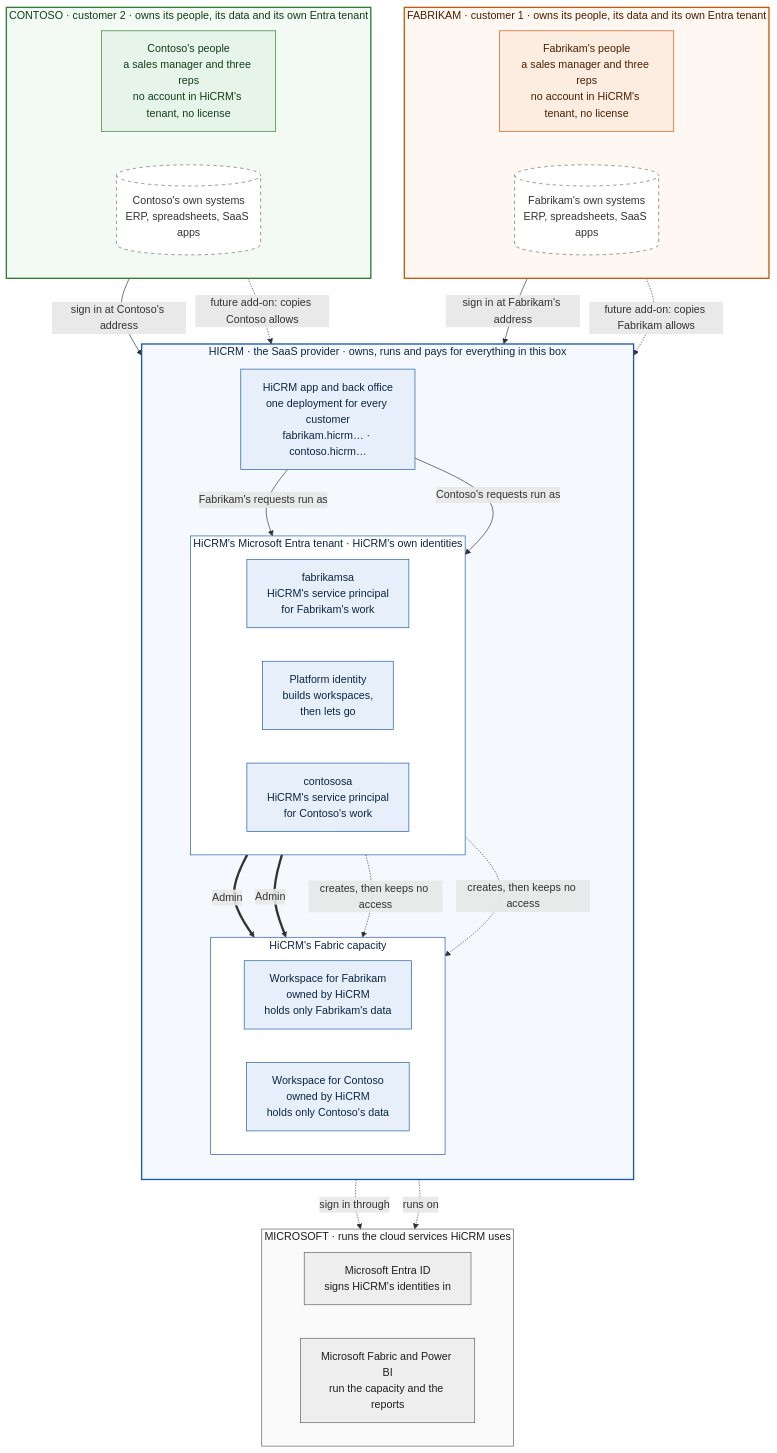
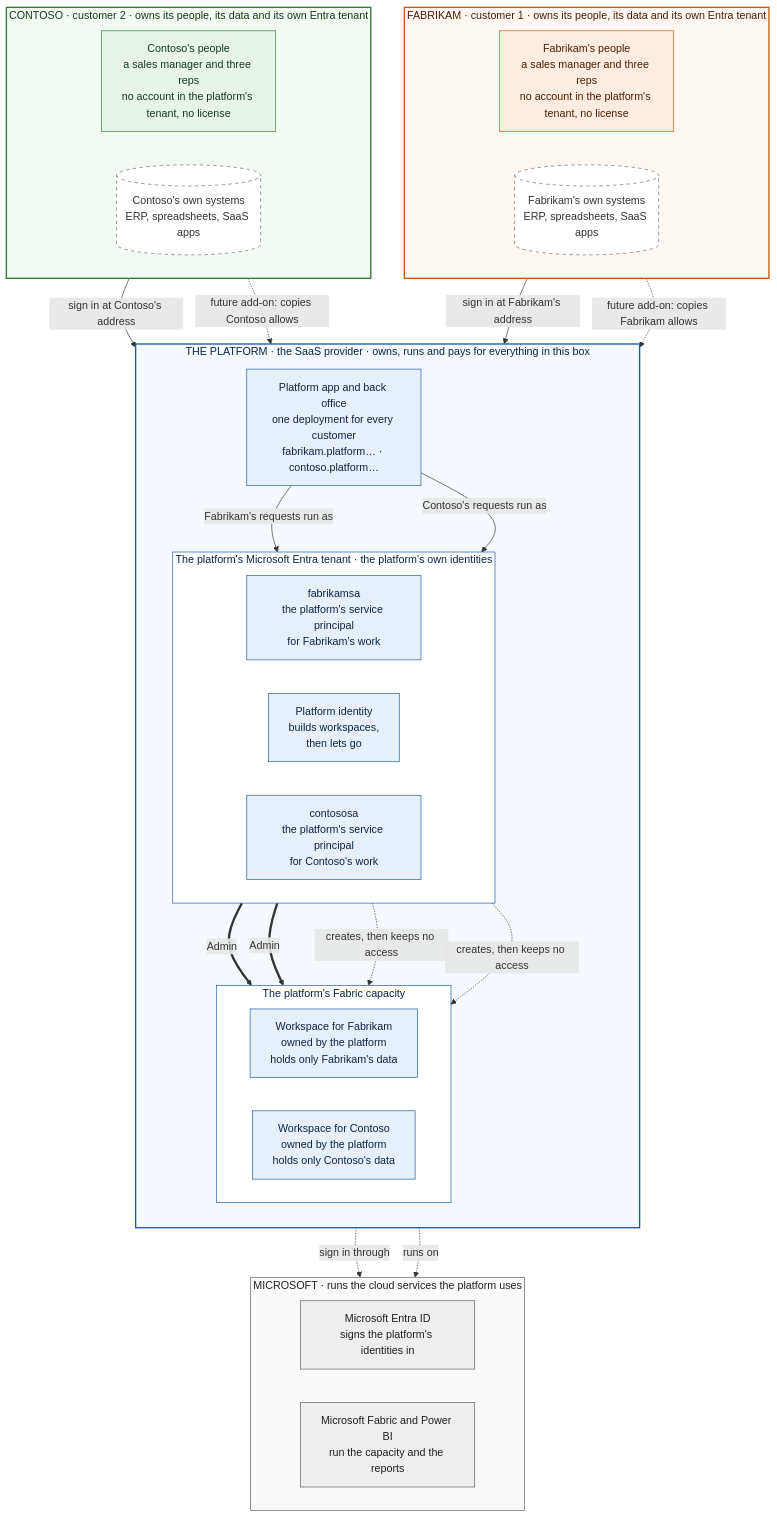
One commit to apkola29/fabric changed the first of 2 diagrams in saas-platform/README.md. Above: the diagram before and after it, drawn with Mermaid. The commit also changed other lines of this file and 72 other files, not shown here.

First line of the commit message:
saas-platform: rename HiCRM to the platform app; official Fabric icons

````diff
--- a/saas-platform/README.md
+++ b/saas-platform/README.md
@@ -49,69 +49,69 @@
 ```mermaid
 flowchart TB
-  %% Who owns what. Orange: Fabrikam, green: Contoso (two customers of HiCRM). Blue: HiCRM, the SaaS provider.
-  %% Grey: Microsoft. Dashed: the future data integration add-on.
+  %% Who owns what. Orange: Fabrikam, green: Contoso (two customers of the platform).
+  %% Blue: the platform, the SaaS provider. Grey: Microsoft. Dashed: the future data integration add-on.
 
   subgraph FAB["FABRIKAM · customer 1 · owns its people, its data and its own Entra tenant"]
     direction LR
-    FPPL["Fabrikam's people<br/>a sales manager and three reps<br/>no account in HiCRM's tenant, no license"]
+    FPPL["Fabrikam's people<br/>a sales manager and three reps<br/>no account in the platform's tenant, no license"]
     FSYS[("Fabrikam's own systems<br/>ERP, spreadsheets, SaaS apps")]
   end
 
   subgraph CON["CONTOSO · customer 2 · owns its people, its data and its own Entra tenant"]
     direction LR
-    CPPL["Contoso's people<br/>a sales manager and three reps<br/>no account in HiCRM's tenant, no license"]
+    CPPL["Contoso's people<br/>a sales manager and three reps<br/>no account in the platform's tenant, no license"]
     CSYS[("Contoso's own systems<br/>ERP, spreadsheets, SaaS apps")]
   end
 
-  subgraph HI["HICRM · the SaaS provider · owns, runs and pays for everything in this box"]
+  subgraph HI["THE PLATFORM · the SaaS provider · owns, runs and pays for everything in this box"]
     direction TB
-    APP["HiCRM app and back office<br/>one deployment for every customer<br/>fabrikam.hicrm… · contoso.hicrm…"]
-    subgraph IDS["HiCRM's Microsoft Entra tenant · HiCRM's own identities"]
+    APP["Platform app and back office<br/>one deployment for every customer<br/>fabrikam.platform… · contoso.platform…"]
+    subgraph IDS["The platform's Microsoft Entra tenant · the platform's own identities"]
       direction LR
-      FSA["fabrikamsa<br/>HiCRM's service principal<br/>for Fabrikam's work"]
+      FSA["fabrikamsa<br/>the platform's service principal<br/>for Fabrikam's work"]
       PID["Platform identity<br/>builds workspaces,<br/>then lets go"]
-      CSA["contososa<br/>HiCRM's service principal<br/>for Contoso's work"]
+      CSA["contososa<br/>the platform's service principal<br/>for Contoso's work"]
     end
-    subgraph CAP["HiCRM's Fabric capacity"]
+    subgraph CAP["The platform's Fabric capacity"]
       direction LR
-      FWS["Workspace for Fabrikam<br/>owned by HiCRM<br/>holds only Fabrikam's data"]
-      CWS["Workspace for Contoso<br/>owned by HiCRM<br/>holds only Contoso's data"]
+      FWS["Workspace for Fabrikam<br/>owned by the platform<br/>holds only Fabrikam's data"]
+      CWS["Workspace for Contoso<br/>owned by the platform<br/>holds only Contoso's data"]
     end
   end
 
-  subgraph MS["MICROSOFT · runs the cloud services HiCRM uses"]
+  subgraph MS["MICROSOFT · runs the cloud services the platform uses"]
     direction LR
-    MEID["Microsoft Entra ID<br/>signs HiCRM's identities in"]
+    MEID["Microsoft Entra ID<br/>signs the platform's identities in"]
     MFAB["Microsoft Fabric and Power BI<br/>run the capacity and the reports"]
   end
 
   FPPL -->|"sign in at Fabrikam's address"| APP
   CPPL -->|"sign in at Contoso's address"| APP
   APP -->|"Fabrikam's requests run as"| FSA
   APP -->|"Contoso's requests run as"| CSA
   FSA ==>|"Admin"| FWS
   CSA ==>|"Admin"| CWS
   PID -.->|"creates, then keeps no access"| FWS
   PID -.->|"creates, then keeps no access"| CWS
   FSYS -.->|"future add-on: copies Fabrikam allows"| FWS
   CSYS -.->|"future add-on: copies Contoso allows"| CWS
   IDS -.->|"sign in through"| MEID
   CAP -.->|"runs on"| MFAB
 
   classDef fabrikam fill:#FDECE0,stroke:#C55A11,color:#4A1F00
   classDef contoso fill:#E7F4EA,stroke:#2E7D32,color:#123D1B
-  classDef hicrm fill:#E7F0FA,stroke:#1F5AA6,color:#0B2545
+  classDef platform fill:#E7F0FA,stroke:#1F5AA6,color:#0B2545
   classDef microsoft fill:#EEEEEE,stroke:#5F5F5F,color:#1F1F1F
   classDef future fill:#FFFFFF,stroke:#6B6B6B,stroke-dasharray:5 5,color:#333333
   class FPPL fabrikam
   class CPPL contoso
   class FSYS,CSYS future
-  class APP,FSA,PID,CSA,FWS,CWS hicrm
+  class APP,FSA,PID,CSA,FWS,CWS platform
   class MEID,MFAB microsoft
   style FAB fill:#FFF7F1,stroke:#C55A11,stroke-width:2px,color:#4A1F00
   style CON fill:#F3FAF4,stroke:#2E7D32,stroke-width:2px,color:#123D1B
   style HI fill:#F5F9FE,stroke:#1F5AA6,stroke-width:2px,color:#0B2545
   style IDS fill:#FFFFFF,stroke:#1F5AA6,color:#0B2545
   style CAP fill:#FFFFFF,stroke:#1F5AA6,color:#0B2545
   style MS fill:#FAFAFA,stroke:#5F5F5F,color:#1F1F1F
 ```
````
